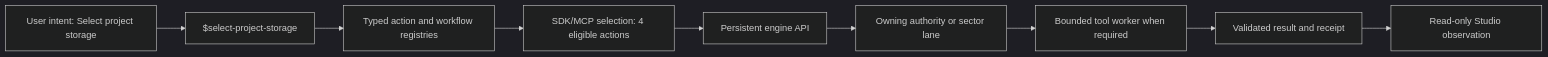
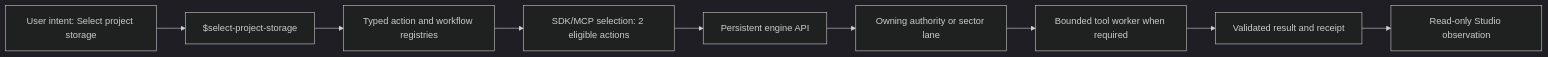
One commit to rathee000001/evidence_lane_plugin changed the diagram in plugins/evidence-lane-plugin/sdk/workflows/skills/select-project-storage/workflow.mmd. Above: the diagram before and after it, drawn with Mermaid (dark theme). The commit also changed 2144 other files, not shown here.

```diff
--- a/plugins/evidence-lane-plugin/sdk/workflows/skills/select-project-storage/workflow.mmd
+++ b/plugins/evidence-lane-plugin/sdk/workflows/skills/select-project-storage/workflow.mmd
@@ -1,9 +1,9 @@
 flowchart LR
   user["User intent: Select project storage"] --> skill["$select-project-storage"]
   skill --> registry["Typed action and workflow registries"]
-  registry --> sdk["SDK/MCP selection: 4 eligible actions"]
+  registry --> sdk["SDK/MCP selection: 2 eligible actions"]
   sdk --> engine["Persistent engine API"]
   engine --> owner["Owning authority or sector lane"]
   owner --> worker["Bounded tool worker when required"]
   worker --> receipt["Validated result and receipt"]
   receipt --> studio["Read-only Studio observation"]
```
